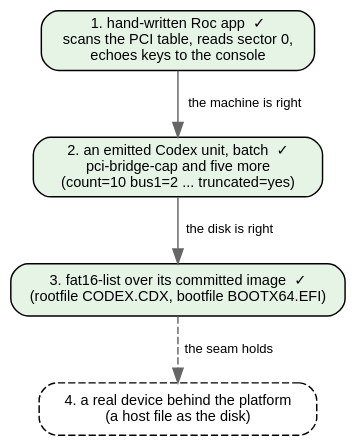
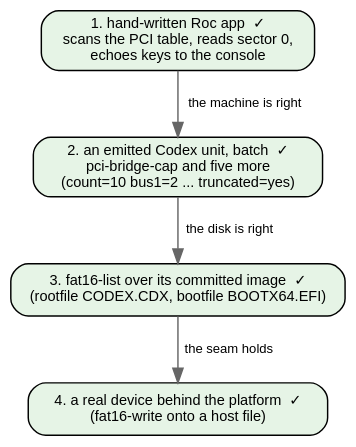
One commit to showell/essay-repl-server changed the ninth of 9 diagrams in notes/roc-machine-emulator.md. Above: the diagram before and after it, drawn with Graphviz. The commit also changed other lines of this file, not shown here.

First line of the commit message:
roc-machine-emulator: step 4, a real device

````diff
--- a/notes/roc-machine-emulator.md
+++ b/notes/roc-machine-emulator.md
@@ -366,15 +442,15 @@
 ```dot
 digraph demo {
   rankdir=TB; bgcolor="transparent";
   node [shape=box style="rounded,filled" fontname="Helvetica" fontsize=10 fillcolor="#ffffff"];
   edge [fontname="Helvetica" fontsize=9 color="#666666"];
 
   a [label="1. hand-written Roc app  ✓\nscans the PCI table, reads sector 0,\nechoes keys to the console" fillcolor="#e6f4e6"];
   b [label="2. an emitted Codex unit, batch  ✓\npci-bridge-cap and five more\n(count=10 bus1=2 ... truncated=yes)" fillcolor="#e6f4e6"];
   c [label="3. fat16-list over its committed image  ✓\n(rootfile CODEX.CDX, bootfile BOOTX64.EFI)" fillcolor="#e6f4e6"];
-  d [label="4. a real device behind the platform\n(a host file as the disk)" fillcolor="#f4f4f4" style="rounded,dashed"];
+  d [label="4. a real device behind the platform  ✓\n(fat16-write onto a host file)" fillcolor="#e6f4e6"];
   a -> b [label="the machine is right"];
   b -> c [label="the disk is right"];
-  c -> d [label="the seam holds" style=dashed];
+  c -> d [label="the seam holds"];
 }
 ```
````
